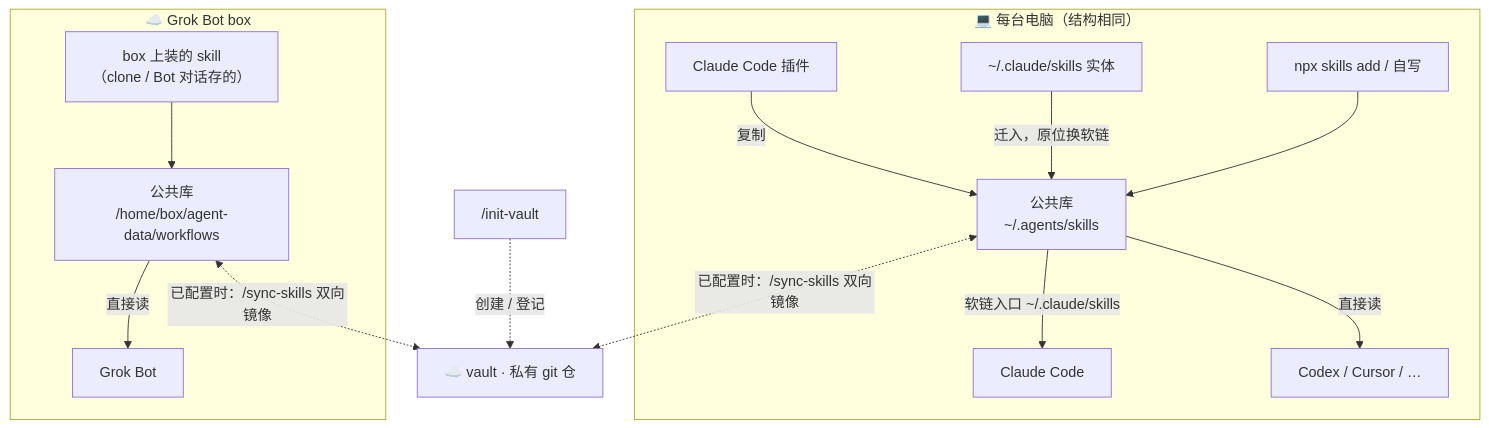
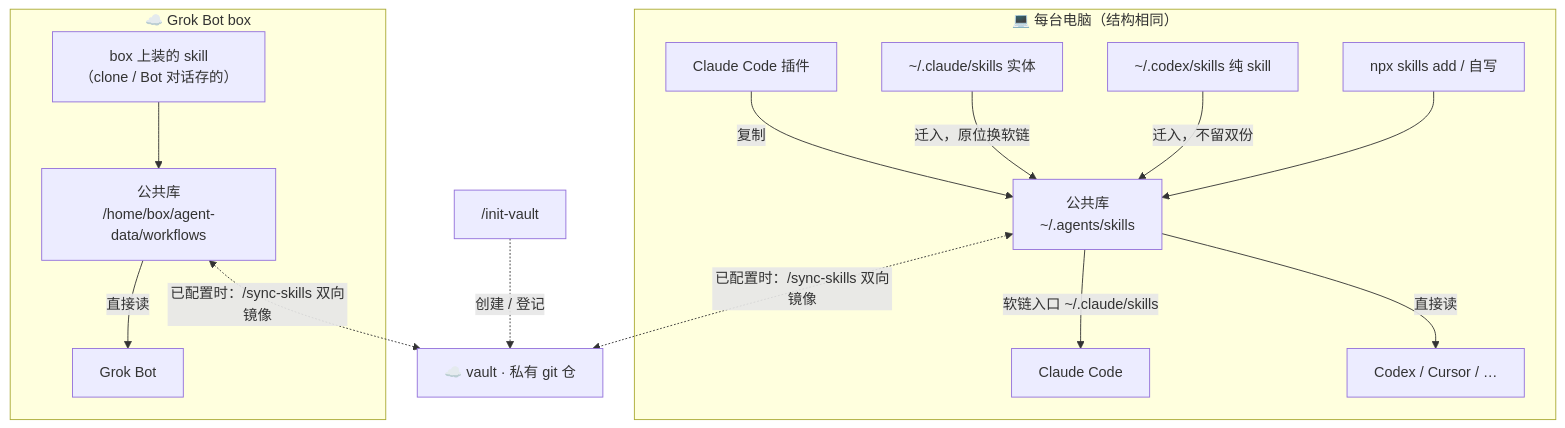
Before and after one commit to Apri1qing/skills-bridge: the diagram in README.zh-CN.md, drawn with Mermaid. The commit also changed 1 other file, not shown here.

Commit message:
docs: add the ~/.codex/skills entry road to the flow diagram

````diff
--- a/README.zh-CN.md
+++ b/README.zh-CN.md
@@ -49,28 +49,30 @@
 ```mermaid
 flowchart TB
     subgraph M1["💻 每台电脑（结构相同）"]
         P["Claude Code 插件"]
         E["~/.claude/skills 实体"]
+        DX["~/.codex/skills 纯 skill"]
         N["npx skills add / 自写"]
         W1["公共库<br/>~/.agents/skills"]
         CC["Claude Code"]
         CX["Codex / Cursor / …"]
         P -->|"复制"| W1
         E -->|"迁入，原位换软链"| W1
+        DX -->|"迁入，不留双份"| W1
         N --> W1
         W1 -->|"软链入口 ~/.claude/skills"| CC
         W1 -->|"直接读"| CX
     end
     subgraph M2["☁️ Grok Bot box"]
         B["box 上装的 skill<br/>（clone / Bot 对话存的）"]
         W2["公共库<br/>/home/box/agent-data/workflows"]
         GB["Grok Bot"]
         B --> W2
         W2 -->|"直接读"| GB
     end
     V["☁️ vault · 私有 git 仓"]
     IV["/init-vault"]
     W1 <-.->|"已配置时：/sync-skills 双向镜像"| V
     W2 <-.->|"已配置时：/sync-skills 双向镜像"| V
     IV -.->|"创建 / 登记"| V
 ```
````
